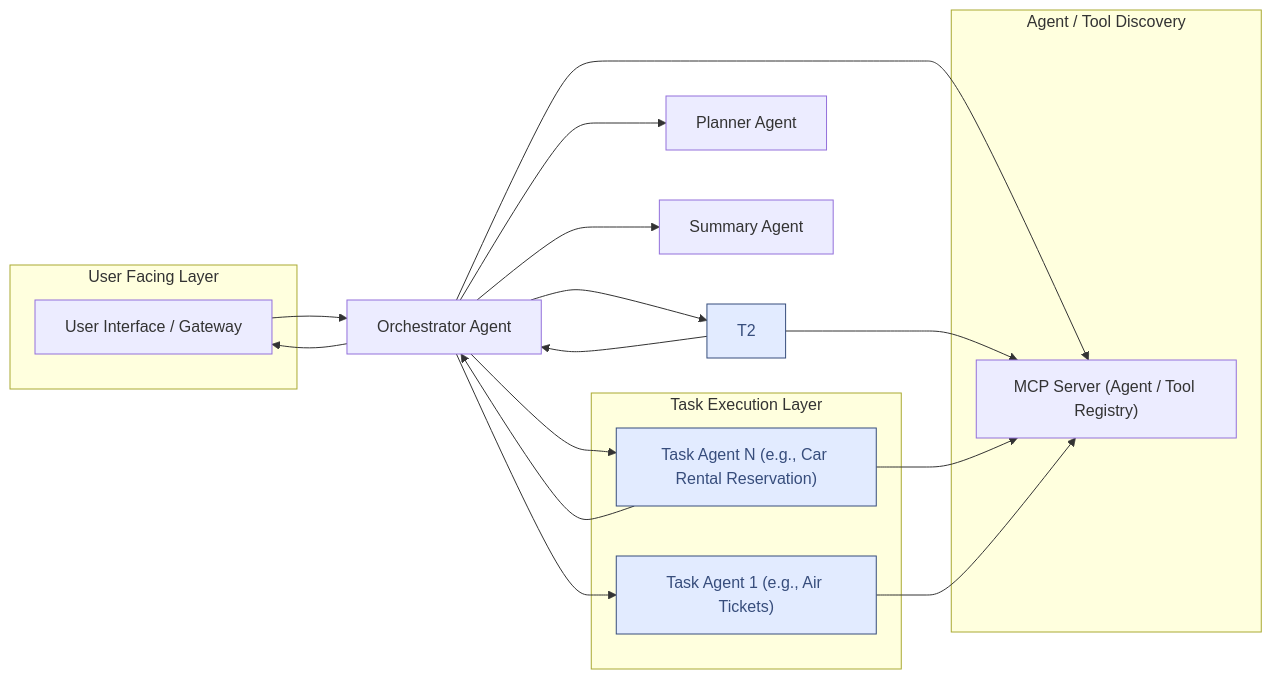
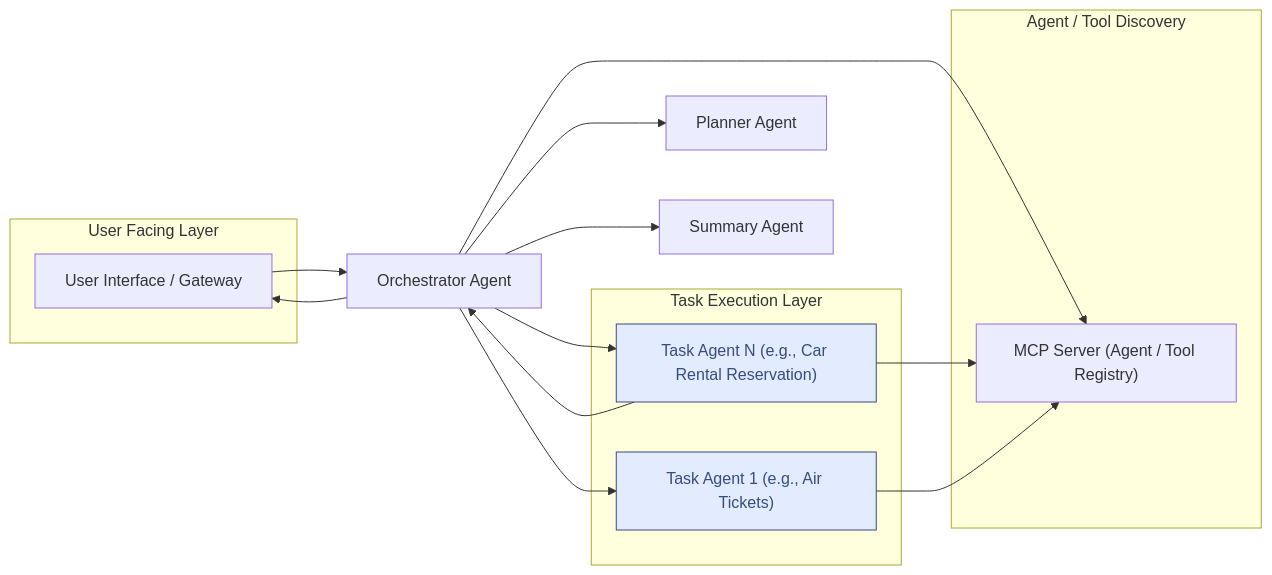
The diagram in README.md (AI-Maker-Space/AIM-A2A-Event), drawn with Mermaid before and after one commit.

````diff
--- a/README.md
+++ b/README.md
@@ -111,27 +111,24 @@
 ```mermaid
 flowchart LR
  subgraph s1["User Facing Layer"]
         UI["User Interface / Gateway"]
   end
  subgraph s3["Agent / Tool Discovery"]
         MCP["MCP Server (Agent / Tool Registry)"]
   end
  subgraph s4["Task Execution Layer"]
         T1["Task Agent 1 (e.g., Air Tickets)"]
         T3["Task Agent N (e.g., Car Rental Reservation)"]
   end
     UI --> E["Orchestrator Agent"]
-    E --> P["Planner Agent"] & MCP & A["Summary Agent"] & T1 & T2 & T3 & UI
-    T2 --> E & MCP
+    E --> P["Planner Agent"] & MCP & A["Summary Agent"] & T1 & T3 & UI
     T3 --> E & MCP
     T1 --> MCP
      T1:::taskAgent
      T1:::Sky
-     T2:::taskAgent
-     T2:::Sky
      T3:::taskAgent
      T3:::Sky
     classDef taskAgent fill:#f9f,stroke:#333,stroke-width:2px
     classDef a2aLink stroke-width:2px,stroke:#0077cc,stroke-dasharray: 5 5
     classDef Sky stroke-width:1px, stroke-dasharray:none, stroke:#374D7C, fill:#E2EBFF, color:#374D7C
 ```
````
